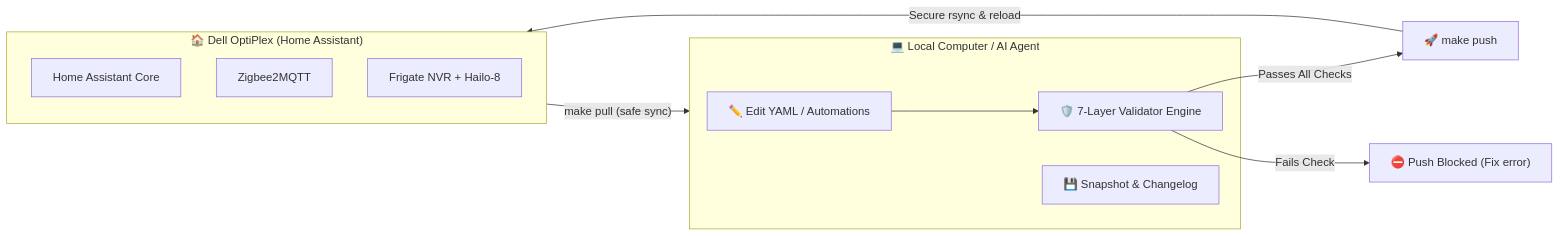
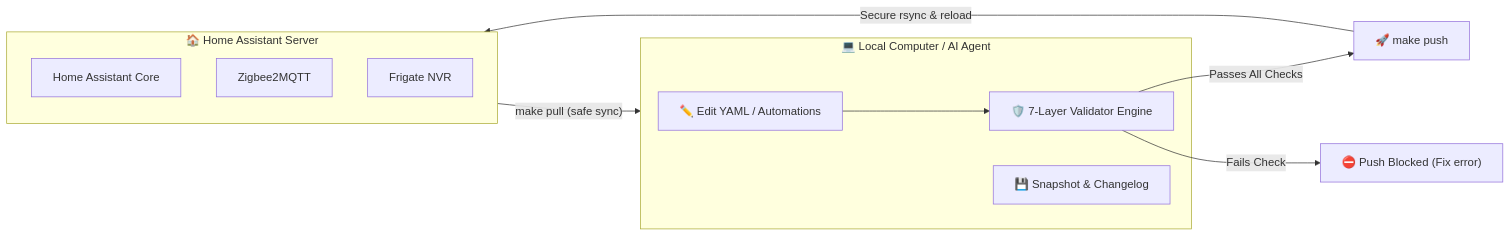
The first of 2 diagrams in docs/wiki/Home.md (stephenwong/claude-homeassistant), drawn with Mermaid before and after one commit. The commit also changed other lines of this file and 3 other files, not shown here.

First line of the commit message:
docs: remove specific hardware models and generalize architecture

````diff
--- a/docs/wiki/Home.md
+++ b/docs/wiki/Home.md
@@ -18,20 +18,20 @@
 ```mermaid
 flowchart LR
     subgraph Dev["💻 Local Computer / AI Agent"]
         Edit["✏️ Edit YAML / Automations"]
         Val["🛡️ 7-Layer Validator Engine"]
         Backup["💾 Snapshot & Changelog"]
     end
 
-    subgraph Server["🏠 Dell OptiPlex (Home Assistant)"]
+    subgraph Server["🏠 Home Assistant Server"]
         HA["Home Assistant Core"]
         Z2M["Zigbee2MQTT"]
-        Frigate["Frigate NVR + Hailo-8"]
+        Frigate["Frigate NVR"]
     end
 
     Edit --> Val
     Val -->|"Passes All Checks"| Deploy["🚀 make push"]
     Deploy -->|"Secure rsync & reload"| Server
     Server -->|"make pull (safe sync)"| Dev
     Val -->|"Fails Check"| Block["⛔ Push Blocked (Fix error)"]
 ```
````
